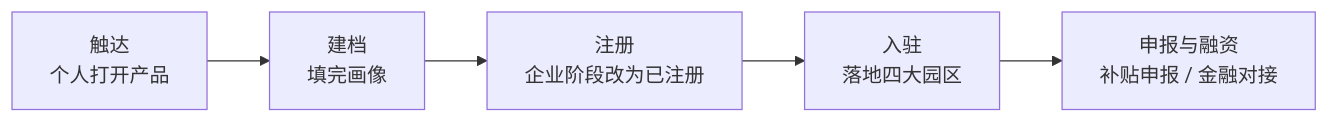
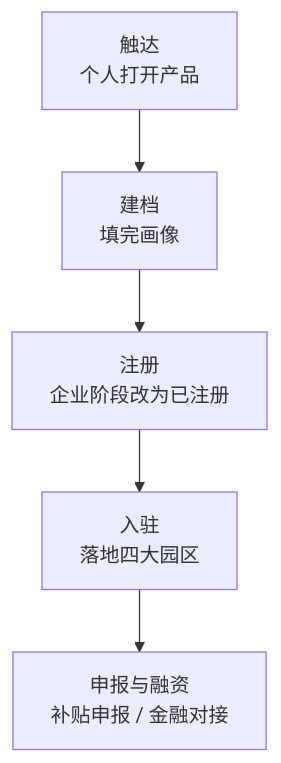
One commit to 0xmandy/shenicest-beichen-chuangyedazi changed diagram 11 of 11 in docs/shenicest-北辰-创业搭子-产品方案文档-Claude-2026-08-29.md. Above: the diagram before and after it, drawn with Mermaid. The commit also changed other lines of this file and 4 other files, not shown here.

First line of the commit message:
docs: 产品方案文档出图与出 docx 两个脚本立文，README 补条目

````diff
--- a/docs/shenicest-北辰-创业搭子-产品方案文档-Claude-2026-08-29.md
+++ b/docs/shenicest-北辰-创业搭子-产品方案文档-Claude-2026-08-29.md
@@ -505,7 +489,7 @@
 ```mermaid
-flowchart LR
+flowchart TD
     N1["触达<br/>个人打开产品"] --> N2["建档<br/>填完画像"]
     N2 --> N3["注册<br/>企业阶段改为已注册"]
     N3 --> N4["入驻<br/>落地四大园区"]
     N4 --> N5["申报与融资<br/>补贴申报 / 金融对接"]
 ```
````
